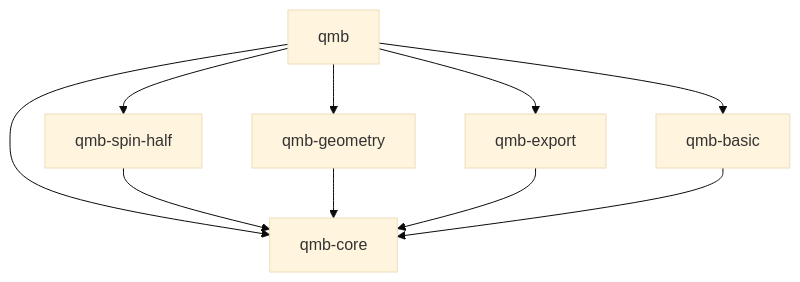
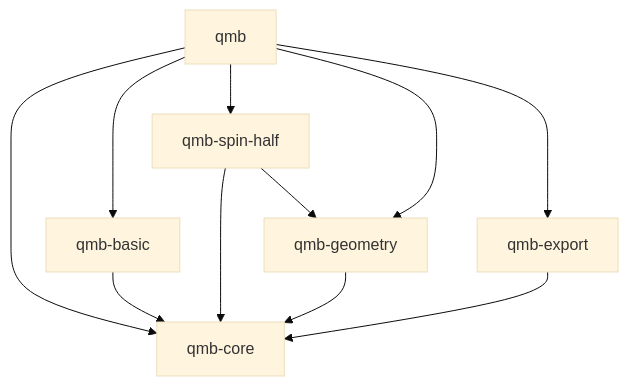
One commit to nattyo1226/qmb-rs changed the diagram in docs/implementation-plan.md. Above: the diagram before and after it, drawn with Mermaid (base theme). The commit also changed other lines of this file and 11 other files, not shown here.

````diff
--- a/docs/implementation-plan.md
+++ b/docs/implementation-plan.md
@@ -28,12 +28,13 @@
 ```mermaid
 graph TD
     Q[qmb] --> C[qmb-core]
     Q --> B[qmb-basic]
     Q --> S[qmb-spin-half]
     Q --> G[qmb-geometry]
     Q --> E[qmb-export]
     S --> C
+    S --> G
     G --> C
     E --> C
     B --> C
 ```
````
